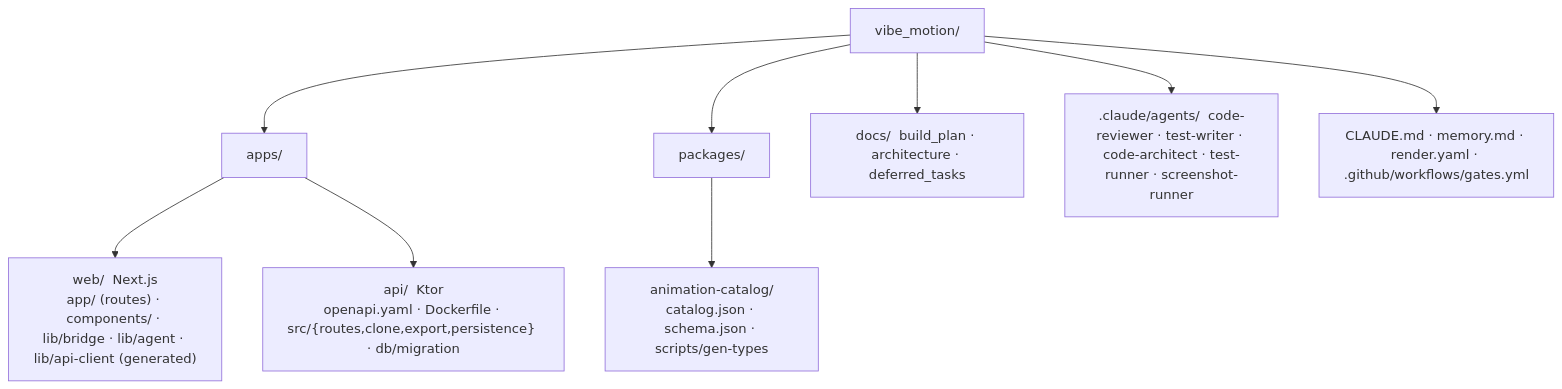
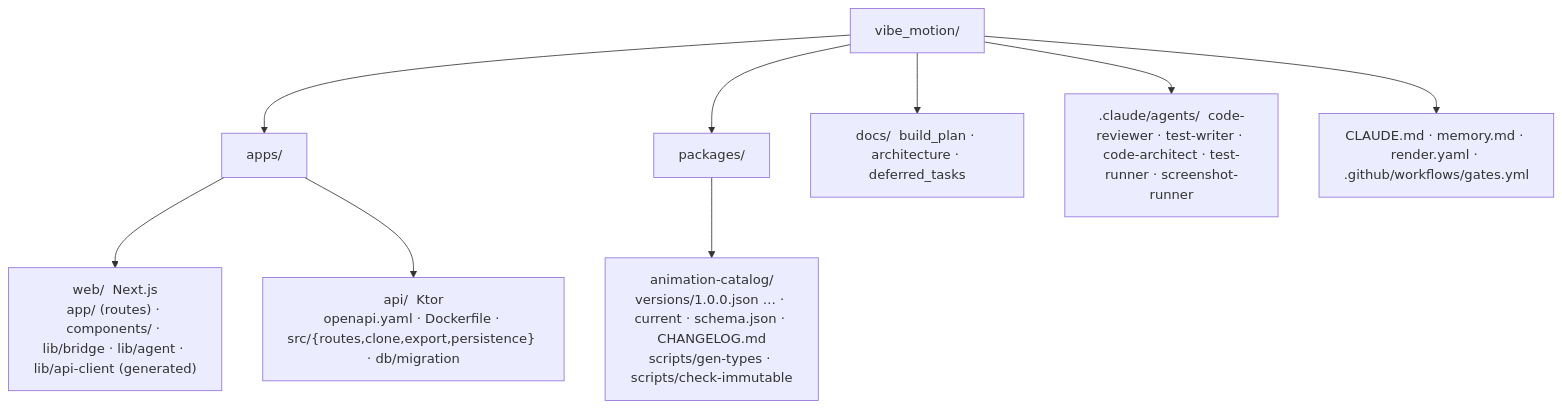
Before and after one commit to ludaxkris/vibe_motion: the second of 12 diagrams in docs/architecture.md, drawn with Mermaid. The commit also changed other lines of this file and 7 other files, not shown here.

First line of the commit message:
docs: versioned immutable animation catalog, catalogVersion pinned per assignment

````diff
--- a/docs/architecture.md
+++ b/docs/architecture.md
@@ -39,13 +39,13 @@
 ```mermaid
 flowchart TB
   root["vibe_motion/"]
   root --> apps["apps/"]
   root --> packages["packages/"]
   root --> docs["docs/  build_plan · architecture · deferred_tasks"]
   root --> claude[".claude/agents/  code-reviewer · test-writer · code-architect · test-runner · screenshot-runner"]
   root --> files["CLAUDE.md · memory.md · render.yaml · .github/workflows/gates.yml"]
 
   apps --> web["web/  Next.js<br/>app/ (routes) · components/ · lib/bridge · lib/agent · lib/api-client (generated)"]
   apps --> api["api/  Ktor<br/>openapi.yaml · Dockerfile · src/{routes,clone,export,persistence} · db/migration"]
-  packages --> cat["animation-catalog/<br/>catalog.json · schema.json · scripts/gen-types"]
+  packages --> cat["animation-catalog/<br/>versions/1.0.0.json … · current · schema.json · CHANGELOG.md<br/>scripts/gen-types · scripts/check-immutable"]
 ```
````
